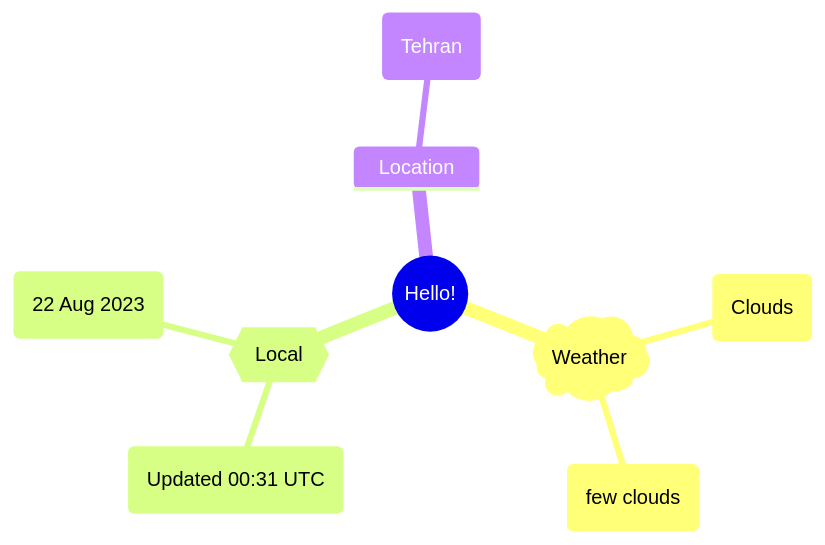
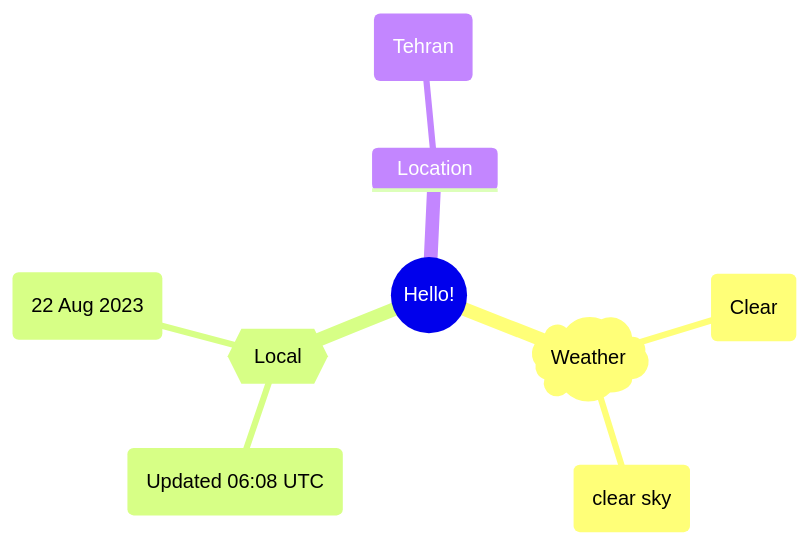
Before and after one commit to Xosrov/Xosrov: the first of 2 diagrams in README.md, drawn with Mermaid.

Commit message:
[bot] updated images

````diff
--- a/README.md
+++ b/README.md
@@ -3,12 +3,12 @@
 ```mermaid
 mindmap
   root((Hello!))
     )Weather(
-        (Clouds)
-        (few clouds)
+        (Clear)
+        (clear sky)
     {{Local}}
-        (Updated 00:31 UTC)
+        (Updated 06:08 UTC)
         (22 Aug 2023)
     Location
         (Tehran)
 ```
````
